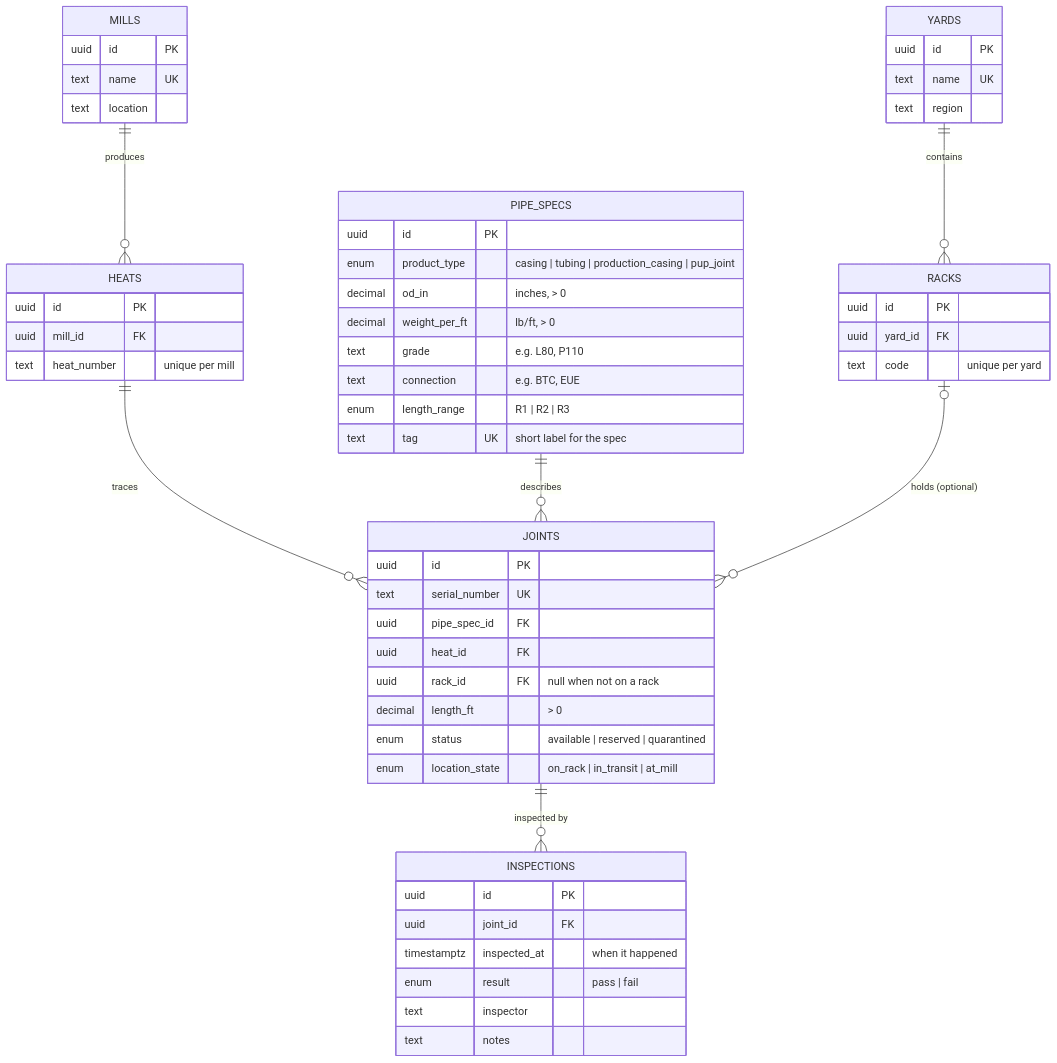
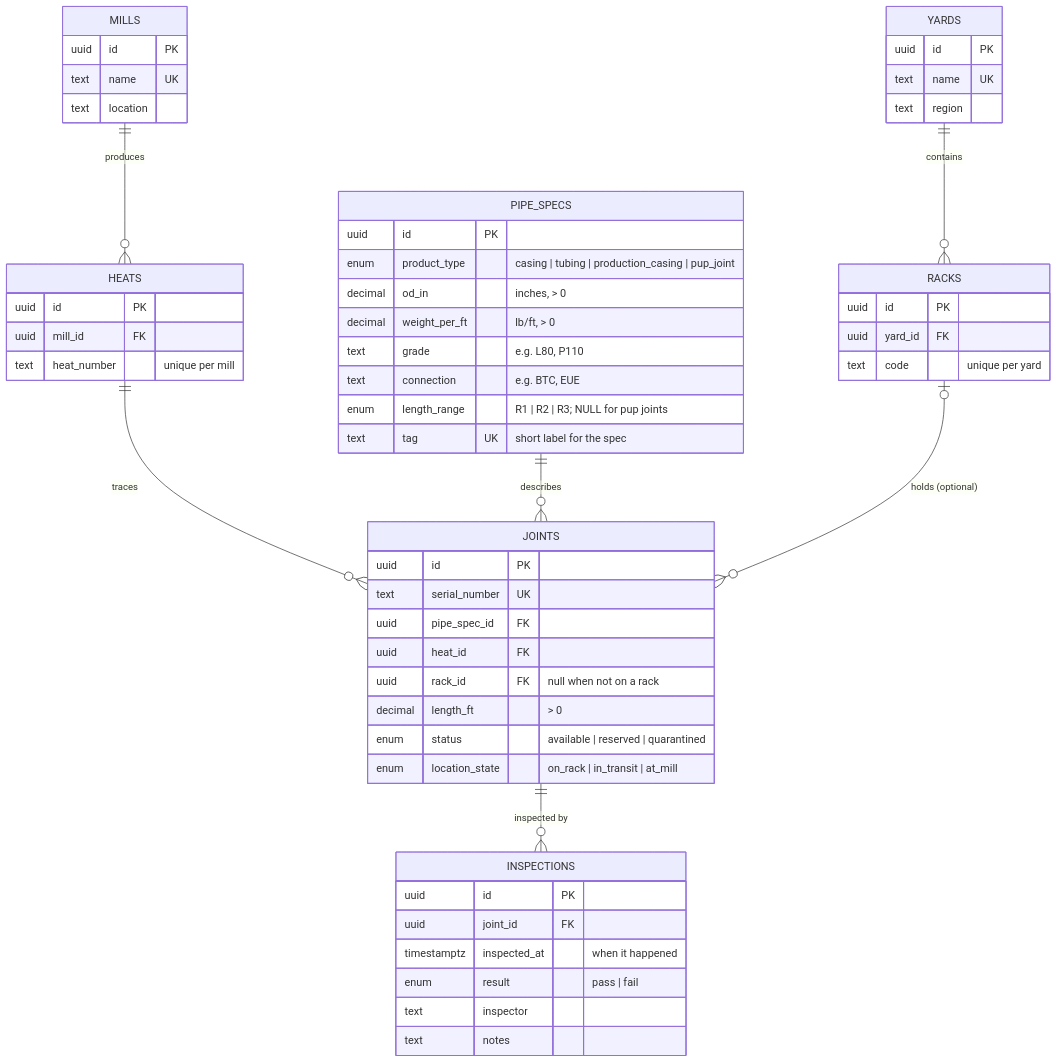
The diagram in docs/schema.md (evelandy/octg-inventory-agent), drawn with Mermaid before and after one commit. The commit also changed other lines of this file and 8 other files, not shown here.

````diff
--- a/docs/schema.md
+++ b/docs/schema.md
@@ -7,58 +7,58 @@
 ```mermaid
 erDiagram
     MILLS ||--o{ HEATS : "produces"
     HEATS ||--o{ JOINTS : "traces"
     PIPE_SPECS ||--o{ JOINTS : "describes"
     YARDS ||--o{ RACKS : "contains"
     RACKS |o--o{ JOINTS : "holds (optional)"
     JOINTS ||--o{ INSPECTIONS : "inspected by"
 
     MILLS {
         uuid id PK
         text name UK
         text location
     }
     HEATS {
         uuid id PK
         uuid mill_id FK
         text heat_number "unique per mill"
     }
     PIPE_SPECS {
         uuid id PK
         enum product_type "casing | tubing | production_casing | pup_joint"
         decimal od_in "inches, > 0"
         decimal weight_per_ft "lb/ft, > 0"
         text grade "e.g. L80, P110"
         text connection "e.g. BTC, EUE"
-        enum length_range "R1 | R2 | R3"
+        enum length_range "R1 | R2 | R3; NULL for pup joints"
         text tag UK "short label for the spec"
     }
     YARDS {
         uuid id PK
         text name UK
         text region
     }
     RACKS {
         uuid id PK
         uuid yard_id FK
         text code "unique per yard"
     }
     JOINTS {
         uuid id PK
         text serial_number UK
         uuid pipe_spec_id FK
         uuid heat_id FK
         uuid rack_id FK "null when not on a rack"
         decimal length_ft "> 0"
         enum status "available | reserved | quarantined"
         enum location_state "on_rack | in_transit | at_mill"
     }
     INSPECTIONS {
         uuid id PK
         uuid joint_id FK
         timestamptz inspected_at "when it happened"
         enum result "pass | fail"
         text inspector
         text notes
     }
 ```
````
